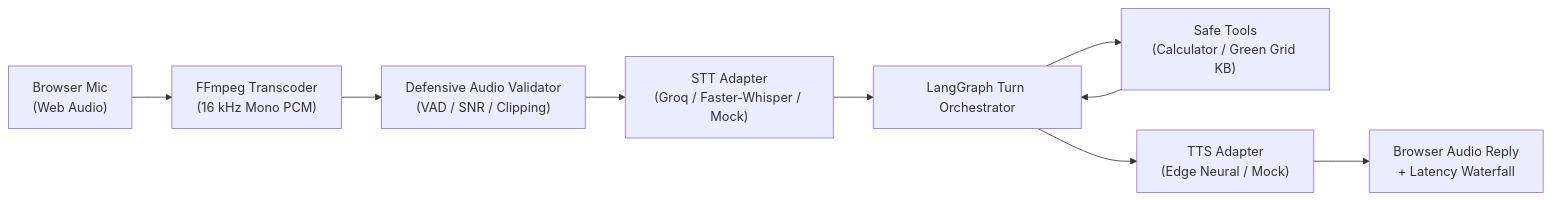
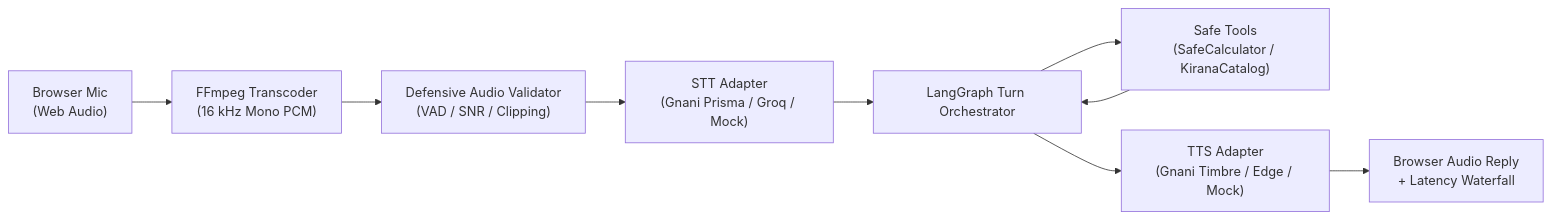
The first of 2 diagrams in docs/architecture.md (Shashank-VK/gnani-voicepilot), drawn with Mermaid before and after one commit. The commit also changed other lines of this file and 9 other files, not shown here.

````diff
--- a/docs/architecture.md
+++ b/docs/architecture.md
@@ -9,11 +9,11 @@
 ```mermaid
 flowchart LR
     Mic["Browser Mic<br/>(Web Audio)"] --> Transcode["FFmpeg Transcoder<br/>(16 kHz Mono PCM)"]
     Transcode --> Validate["Defensive Audio Validator<br/>(VAD / SNR / Clipping)"]
-    Validate --> STT["STT Adapter<br/>(Groq / Faster-Whisper / Mock)"]
+    Validate --> STT["STT Adapter<br/>(Gnani Prisma / Groq / Mock)"]
     STT --> Graph["LangGraph Turn Orchestrator"]
-    Graph --> Tools["Safe Tools<br/>(Calculator / Green Grid KB)"]
+    Graph --> Tools["Safe Tools<br/>(SafeCalculator / KiranaCatalog)"]
     Tools --> Graph
-    Graph --> TTS["TTS Adapter<br/>(Edge Neural / Mock)"]
+    Graph --> TTS["TTS Adapter<br/>(Gnani Timbre / Edge / Mock)"]
     TTS --> Reply["Browser Audio Reply<br/>+ Latency Waterfall"]
 ```
````
